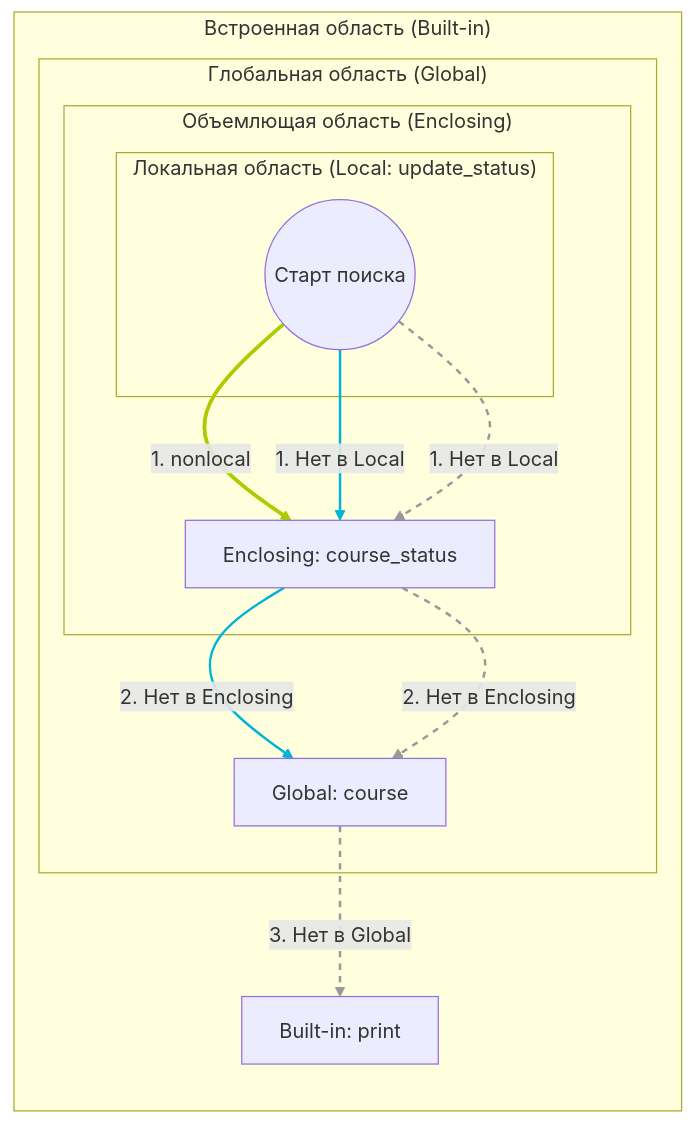
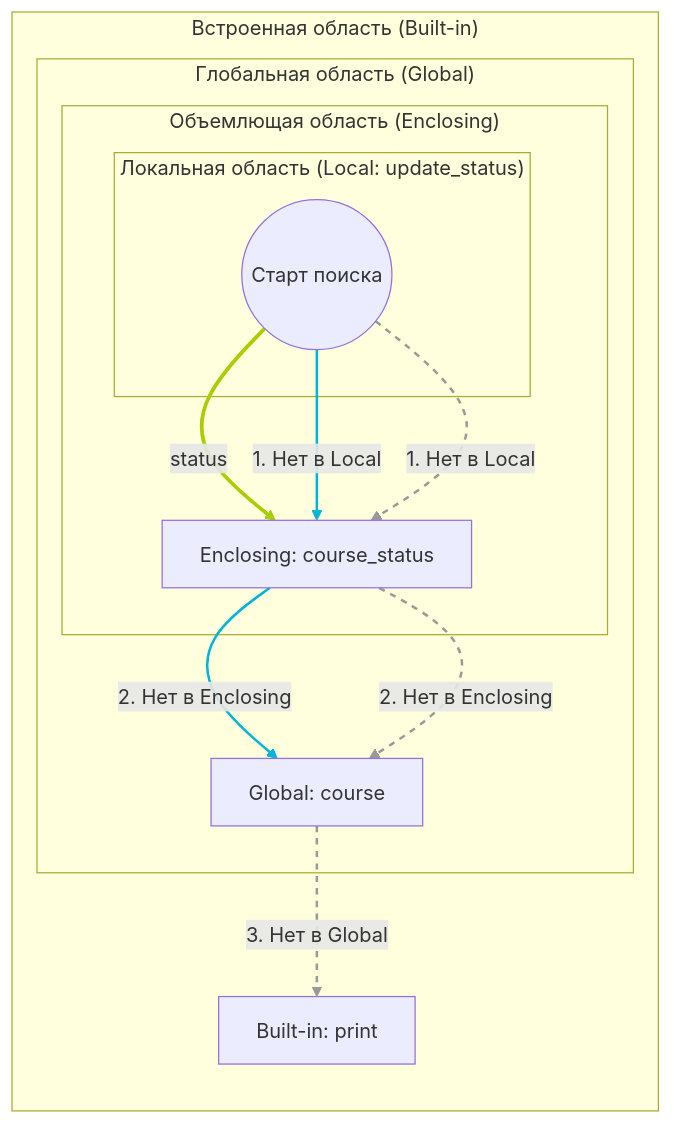
One commit to lizrd3352/labs_fop changed the diagram in solutions/lab_3/README.md. Above: the diagram before and after it, drawn with Mermaid.

````diff
--- a/solutions/lab_3/README.md
+++ b/solutions/lab_3/README.md
@@ -280,33 +280,33 @@
 ```mermaid
 graph LR
     %% Определение слоев областей видимости (Матрешка)
     subgraph Built_in ["Встроенная область (Built-in)"]
         PRINT[Built-in: print]
         
         subgraph Global ["Глобальная область (Global)"]
             COURSE[Global: course]
             
             subgraph Enclosing ["Объемлющая область (Enclosing)"]
                 STATUS[Enclosing: course_status]
                 
                 subgraph Local ["Локальная область (Local: update_status)"]
                     START((Старт поиска))
                 end
             end
         end
     end
 
     %% Пути поиска имен (Стрелки)
-    START -- "1. nonlocal" --> STATUS
+    START -- "status" --> STATUS
     
     START -- "1. Нет в Local" --> STATUS
     STATUS -- "2. Нет в Enclosing" --> COURSE
     
     START -. "1. Нет в Local" .-> STATUS
     STATUS -. "2. Нет в Enclosing" .-> COURSE
     COURSE -. "3. Нет в Global" .-> PRINT
     %% Стилизация стрелок
     linkStyle 0 stroke:#aacc00,stroke-width:3px;
     linkStyle 1,2 stroke:#00b4d8,stroke-width:2px;
     linkStyle 3,4,5 stroke:#999999,stroke-width:2px,stroke-dasharray: 5 5;
 ```
````
